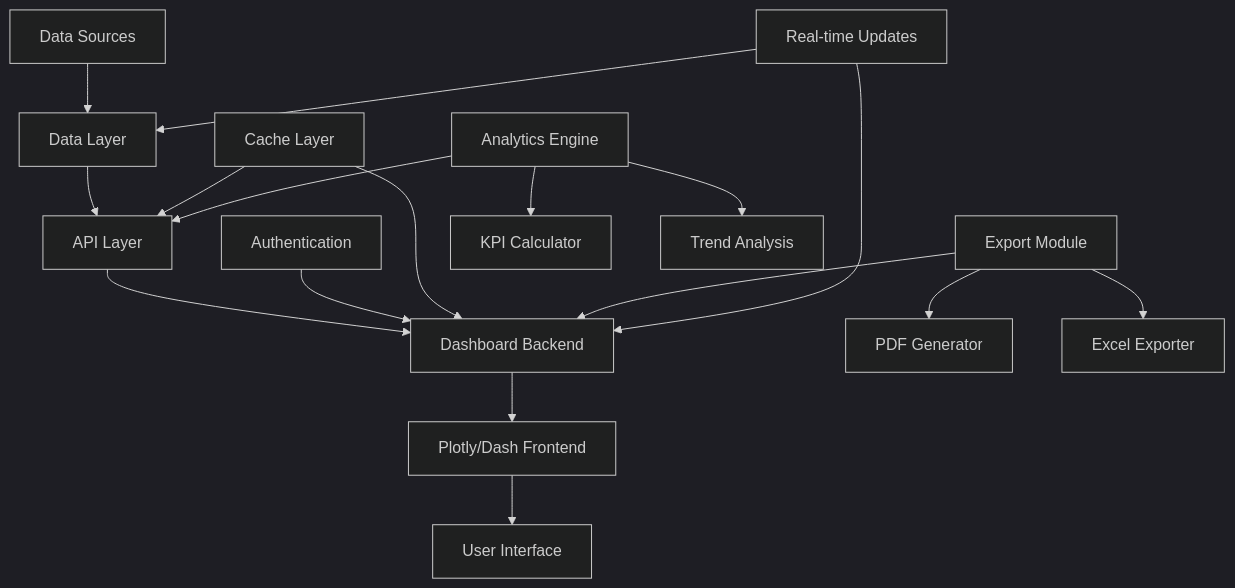
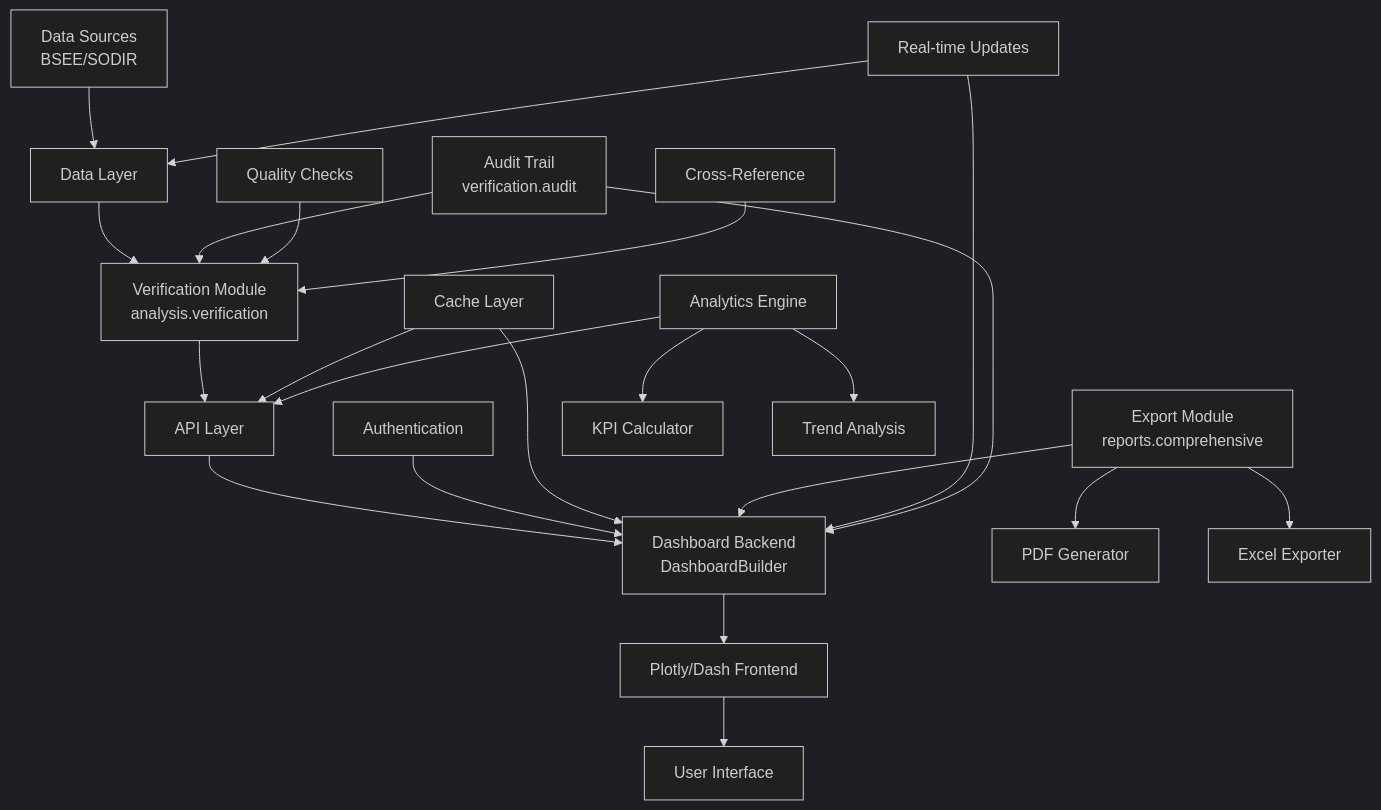
Before and after one commit to vamseeachanta/worldenergydata: the diagram in specs/modules/analysis/well-production-dashboard/spec.md, drawn with Mermaid (dark theme). The commit also changed other lines of this file and 30 other files, not shown here.

First line of the commit message:
feat: implement well production dashboard module

````diff
--- a/specs/modules/analysis/well-production-dashboard/spec.md
+++ b/specs/modules/analysis/well-production-dashboard/spec.md
@@ -91,23 +94,30 @@
 ```mermaid
 graph TD
-    A[Data Sources] --> B[Data Layer]
-    B --> C[API Layer]
-    C --> D[Dashboard Backend]
+    A[Data Sources<br/>BSEE/SODIR] --> B[Data Layer]
+    B --> V[Verification Module<br/>analysis.verification]
+    V --> C[API Layer]
+    C --> D[Dashboard Backend<br/>DashboardBuilder]
     D --> E[Plotly/Dash Frontend]
     E --> F[User Interface]
     
     G[Authentication] --> D
     H[Cache Layer] --> C
     H --> D
     
-    I[Export Module] --> D
+    I[Export Module<br/>reports.comprehensive] --> D
     I --> J[PDF Generator]
     I --> K[Excel Exporter]
     
     L[Real-time Updates] --> B
     L --> D
     
     M[Analytics Engine] --> C
     M --> N[KPI Calculator]
     M --> O[Trend Analysis]
+    
+    P[Audit Trail<br/>verification.audit] --> V
+    P --> D
+    
+    Q[Quality Checks] --> V
+    R[Cross-Reference] --> V
 ```
````
